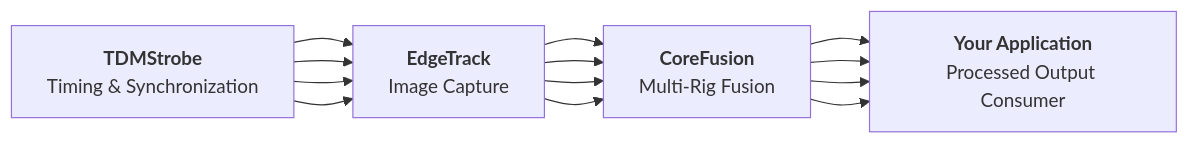
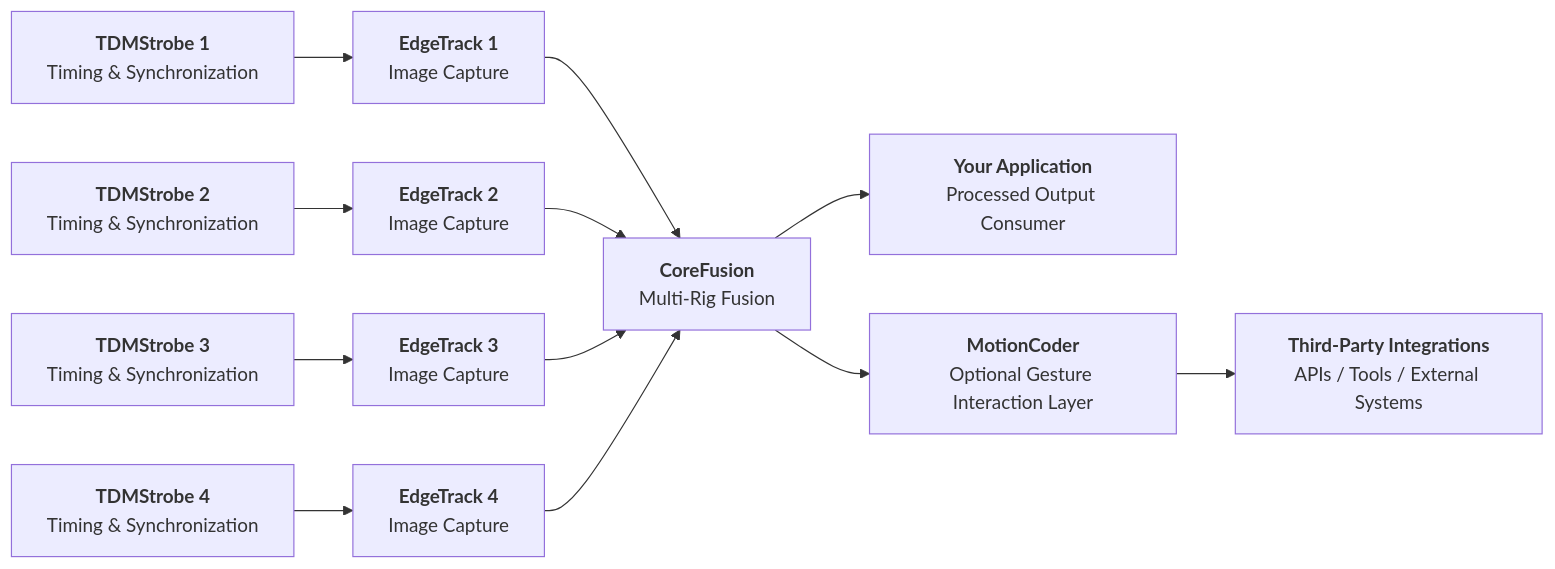
Before and after one commit to edgetrackorg/overview: the second of 3 diagrams in README.md, drawn with Mermaid. The commit also changed other lines of this file, not shown here.

````diff
--- a/README.md
+++ b/README.md
@@ -68,20 +68,31 @@
 ```mermaid
 flowchart LR
-    A[<strong>TDMStrobe</strong><br/>Timing & Synchronization]
-    B[<strong>EdgeTrack</strong><br/>Image Capture]
+    A1[<strong>TDMStrobe 1</strong><br/>Timing & Synchronization]
+    A2[<strong>TDMStrobe 2</strong><br/>Timing & Synchronization]
+    A3[<strong>TDMStrobe 3</strong><br/>Timing & Synchronization]
+    A4[<strong>TDMStrobe 4</strong><br/>Timing & Synchronization]
+
+    B1[<strong>EdgeTrack 1</strong><br/>Image Capture]
+    B2[<strong>EdgeTrack 2</strong><br/>Image Capture]
+    B3[<strong>EdgeTrack 3</strong><br/>Image Capture]
+    B4[<strong>EdgeTrack 4</strong><br/>Image Capture]
+
     C[<strong>CoreFusion</strong><br/>Multi-Rig Fusion]
     D[<strong>Your Application</strong><br/>Processed Output Consumer]
+    E[<strong>MotionCoder</strong><br/>Optional Gesture Interaction Layer]
+    F[<strong>Third-Party Integrations</strong><br/>APIs / Tools / External Systems]
 
-    A --> B
-    B --> C
+    A1 --> B1
+    A2 --> B2
+    A3 --> B3
+    A4 --> B4
+
+    B1 --> C
+    B2 --> C
+    B3 --> C
+    B4 --> C
+
     C --> D
-    A --> B
-    B --> C
-    C --> D
-    A --> B
-    B --> C
-    C --> D
-    A --> B
-    B --> C
-    C --> D    
+    C --> E
+    E --> F
 ```
````
